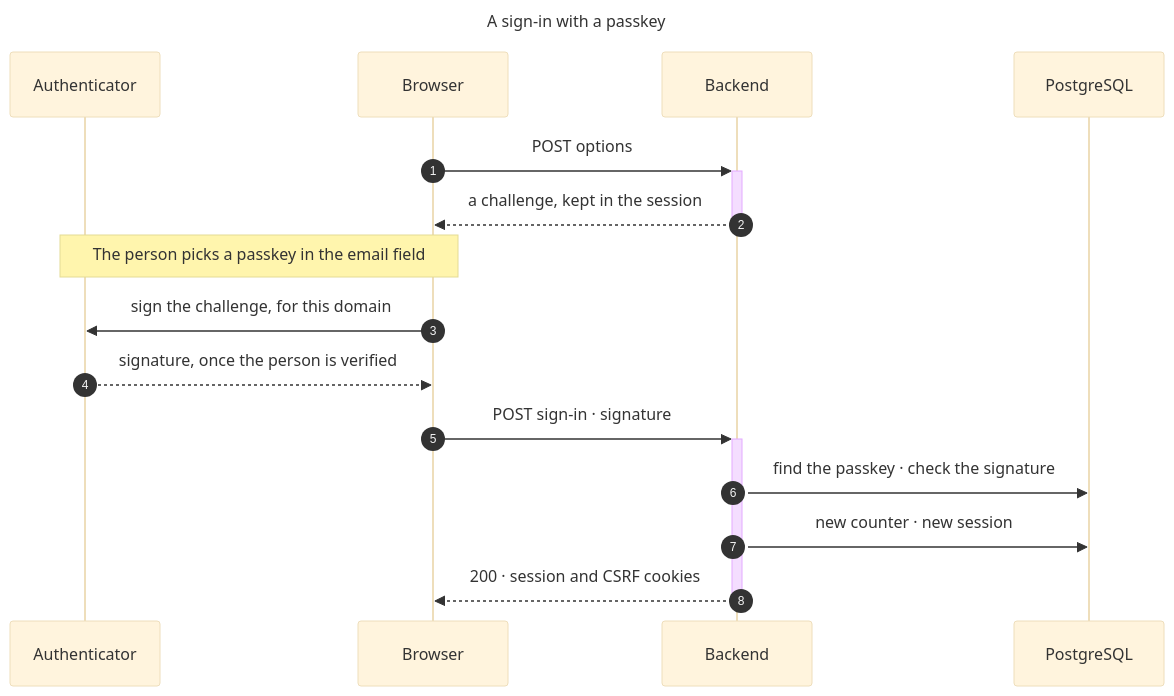
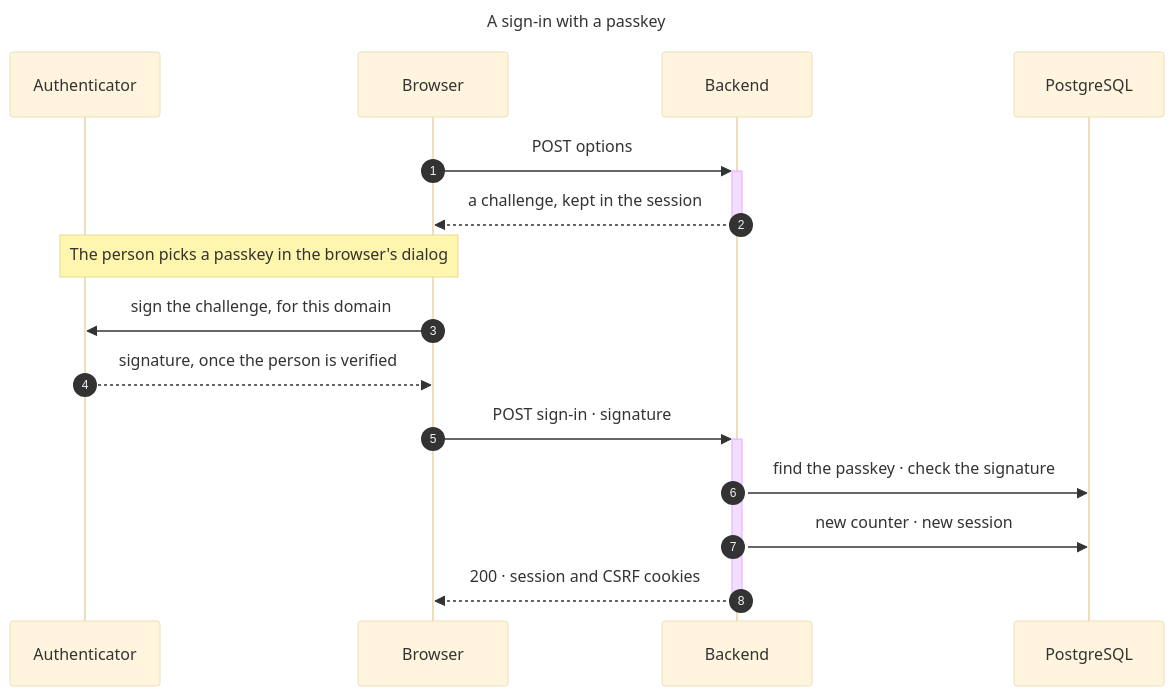
Before and after one commit to mboisnard/drinkit: the fifth of 8 diagrams in docs/content/en/3.reference/2.security/1.principles.md, drawn with Mermaid (base theme). The commit also changed other lines of this file and 4 other files, not shown here.

````diff
--- a/docs/content/en/3.reference/2.security/1.principles.md
+++ b/docs/content/en/3.reference/2.security/1.principles.md
@@ -185,20 +185,20 @@
 ```mermaid
 ---
 title: A sign-in with a passkey
 ---
 sequenceDiagram
   autonumber
   participant A as Authenticator
   participant B as Browser
   participant BE as Backend
   participant PG as PostgreSQL
   B->>+BE: POST options
   BE-->>-B: a challenge, kept in the session
-  Note over A,B: The person picks a passkey in the email field
+  Note over A,B: The person picks a passkey in the browser's dialog
   B->>A: sign the challenge, for this domain
   A-->>B: signature, once the person is verified
   B->>+BE: POST sign-in · signature
   BE->>PG: find the passkey · check the signature
   BE->>PG: new counter · new session
   BE-->>-B: 200 · session and CSRF cookies
 ```
````
